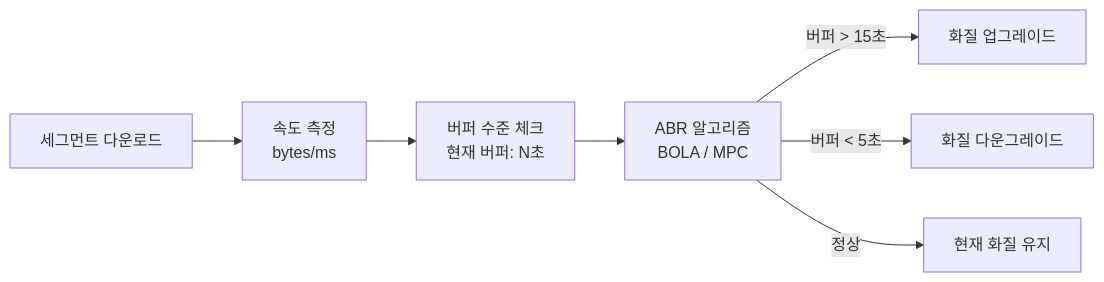
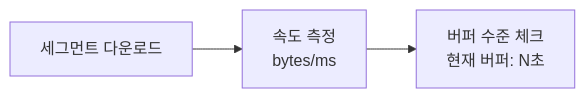
One commit to yjkim2015/yjkim2015.github.io changed the fifth of 11 diagrams in _posts/systemdesign/2026-05-03-system-design-video-streaming.md. Above: the diagram before and after it, drawn with Mermaid. The commit also changed other lines of this file and 132 other files, not shown here.

First line of the commit message:
Mermaid 다이어그램 가독성 정리: 단순 제거, 노드 축소, TD→LR 변환

````diff
--- a/_posts/systemdesign/2026-05-03-system-design-video-streaming.md
+++ b/_posts/systemdesign/2026-05-03-system-design-video-streaming.md
@@ -387,9 +387,5 @@
 ```mermaid
 flowchart LR
     DL[세그먼트 다운로드] --> M[속도 측정<br/>bytes/ms]
     M --> BUF[버퍼 수준 체크<br/>현재 버퍼: N초]
-    BUF --> ALG[ABR 알고리즘<br/>BOLA / MPC]
-    ALG -->|버퍼 &gt; 15초| UP[화질 업그레이드]
-    ALG -->|버퍼 &lt; 5초| DN[화질 다운그레이드]
-    ALG -->|정상| KP[현재 화질 유지]
 ```
````
